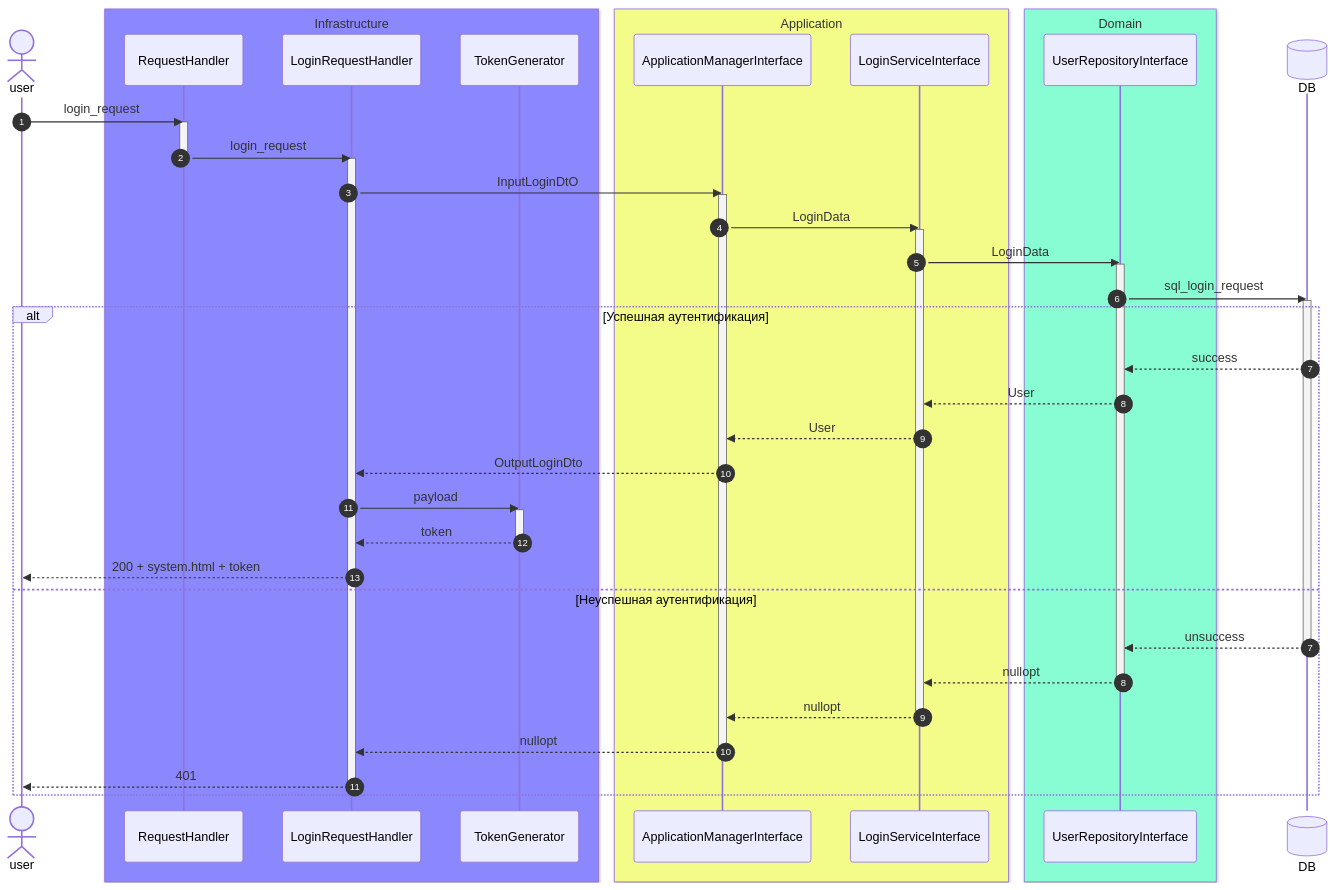
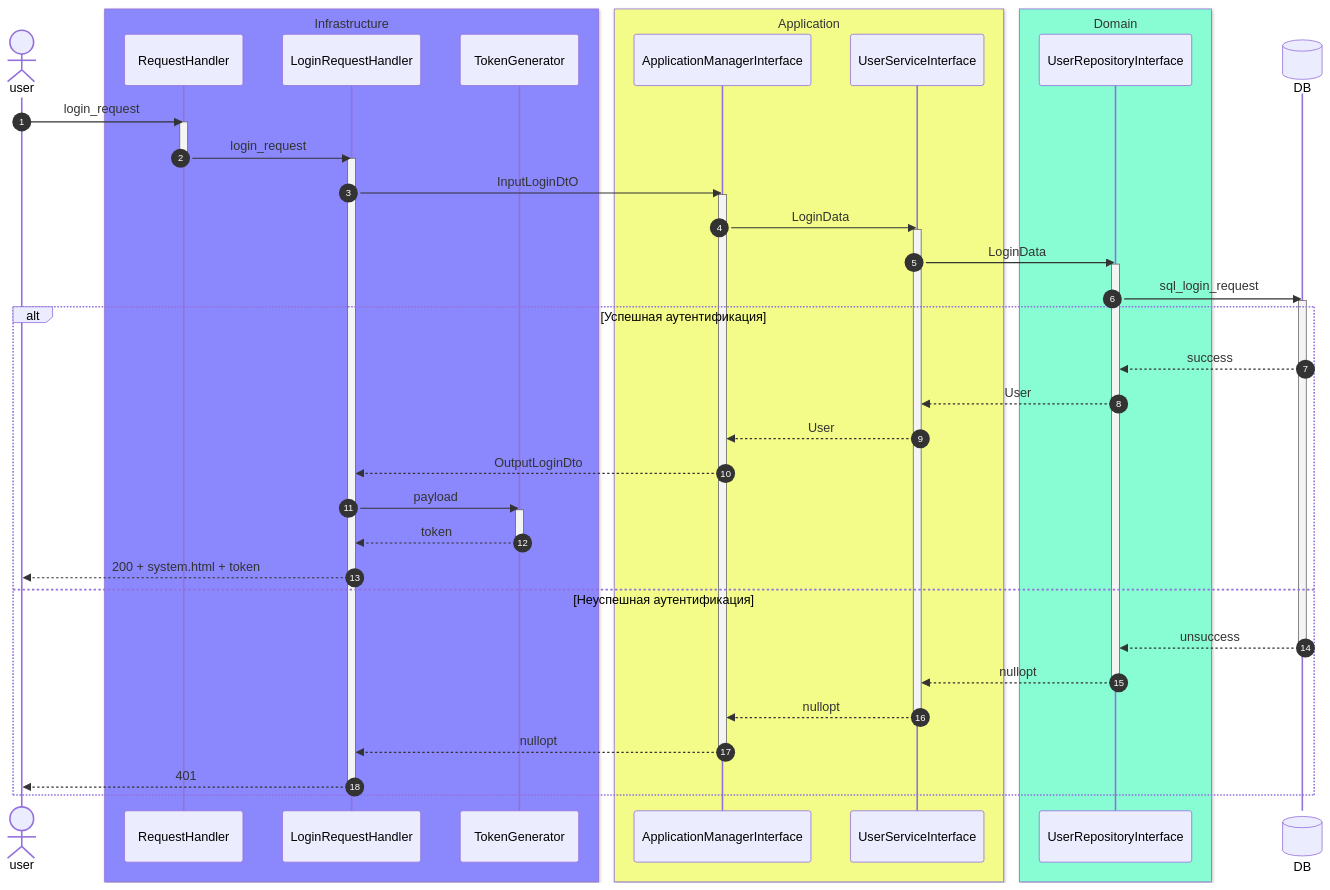
Diagram 12 of 13 in README.md (DRUsmanov/the_system_project), drawn with Mermaid before and after one commit. The commit also changed other lines of this file, not shown here.

````diff
--- a/README.md
+++ b/README.md
@@ -412,63 +412,64 @@
 ```mermaid
 sequenceDiagram
 
 actor user
 
 box rgb(138, 136, 252) Infrastructure
 participant RequestHandler
 participant LoginRequestHandler
 participant TokenGenerator
 end
 
 box rgb(243, 252, 136) Application
 participant ApplicationManagerInterface
-participant LoginServiceInterface
+participant UserServiceInterface
 end
 
 box rgb(136, 252, 210) Domain
 participant UserRepositoryInterface
 end
 
 actor DB@{"type" : "database"}
 
 autonumber
+
 user ->> RequestHandler: login_request
 activate RequestHandler
 RequestHandler ->> LoginRequestHandler: login_request
 deactivate RequestHandler
 activate LoginRequestHandler
 LoginRequestHandler ->> ApplicationManagerInterface: InputLoginDtO
 activate ApplicationManagerInterface
-ApplicationManagerInterface ->> LoginServiceInterface: LoginData
-activate LoginServiceInterface
-LoginServiceInterface ->> UserRepositoryInterface: LoginData
+ApplicationManagerInterface ->> UserServiceInterface: LoginData
+activate UserServiceInterface
+UserServiceInterface ->> UserRepositoryInterface: LoginData
 activate UserRepositoryInterface
 UserRepositoryInterface ->> DB: sql_login_request
 
 activate DB
 
 alt Успешная аутентификация
 DB -->> UserRepositoryInterface: success
-UserRepositoryInterface -->> LoginServiceInterface: User
-LoginServiceInterface -->> ApplicationManagerInterface: User
+UserRepositoryInterface -->> UserServiceInterface: User
+UserServiceInterface -->> ApplicationManagerInterface: User
 ApplicationManagerInterface -->> LoginRequestHandler: OutputLoginDto
 LoginRequestHandler ->> TokenGenerator: payload
 activate TokenGenerator
 TokenGenerator -->> LoginRequestHandler: token
 deactivate TokenGenerator
 LoginRequestHandler -->> user: 200 + system.html + token
 
 else Неуспешная аутентификация
-autonumber 7
+
 DB -->> UserRepositoryInterface: unsuccess
 deactivate DB
-UserRepositoryInterface -->> LoginServiceInterface: nullopt
+UserRepositoryInterface -->> UserServiceInterface: nullopt
 deactivate UserRepositoryInterface
-LoginServiceInterface -->> ApplicationManagerInterface: nullopt
-deactivate LoginServiceInterface
+UserServiceInterface -->> ApplicationManagerInterface: nullopt
+deactivate UserServiceInterface
 ApplicationManagerInterface -->> LoginRequestHandler: nullopt
 deactivate ApplicationManagerInterface
 LoginRequestHandler -->> user: 401
 deactivate LoginRequestHandler
 end
 ```
````
